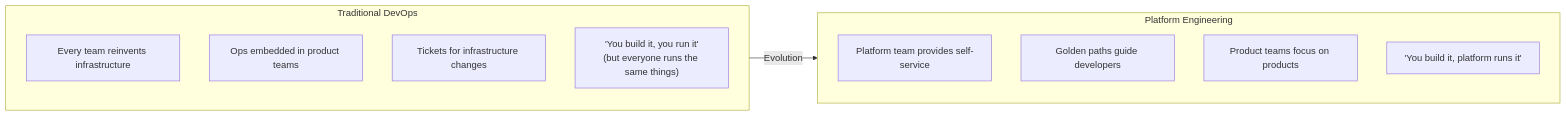
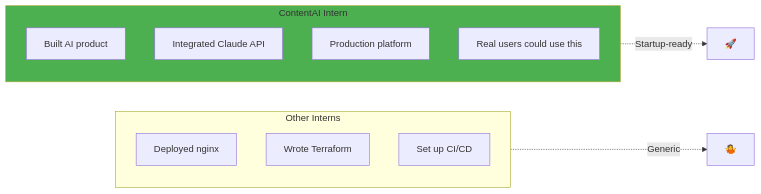
Before and after one commit to PearlThoughtsInternship/Internship-Obsidian-Vault: the sixth of 6 diagrams in DevOps/01-Product/02-Market-Context.md, drawn with Mermaid. The commit also changed other lines of this file and 1 other file, not shown here.

First line of the commit message:
Rewrite market context and architecture with ContentAI product-first narrative

````diff
--- a/DevOps/01-Product/02-Market-Context.md
+++ b/DevOps/01-Product/02-Market-Context.md
@@ -129,18 +263,20 @@
 ```mermaid
 flowchart LR
-    subgraph Old["Traditional DevOps"]
-        O1["Every team reinvents infrastructure"]
-        O2["Ops embedded in product teams"]
-        O3["Tickets for infrastructure changes"]
-        O4["'You build it, you run it'<br/>(but everyone runs the same things)"]
+    subgraph Others["Other Interns"]
+        O1["Deployed nginx"]
+        O2["Wrote Terraform"]
+        O3["Set up CI/CD"]
     end
 
-    subgraph New["Platform Engineering"]
-        N1["Platform team provides self-service"]
-        N2["Golden paths guide developers"]
-        N3["Product teams focus on products"]
-        N4["'You build it, platform runs it'"]
+    subgraph You["ContentAI Intern"]
+        Y1["Built AI product"]
+        Y2["Integrated Claude API"]
+        Y3["Production platform"]
+        Y4["Real users could use this"]
     end
 
-    Old -->|"Evolution"| New
+    Others -.->|"Generic"| X["🤷"]
+    You -.->|"Startup-ready"| Y["🚀"]
+
+    style You fill:#4CAF50
 ```
````
